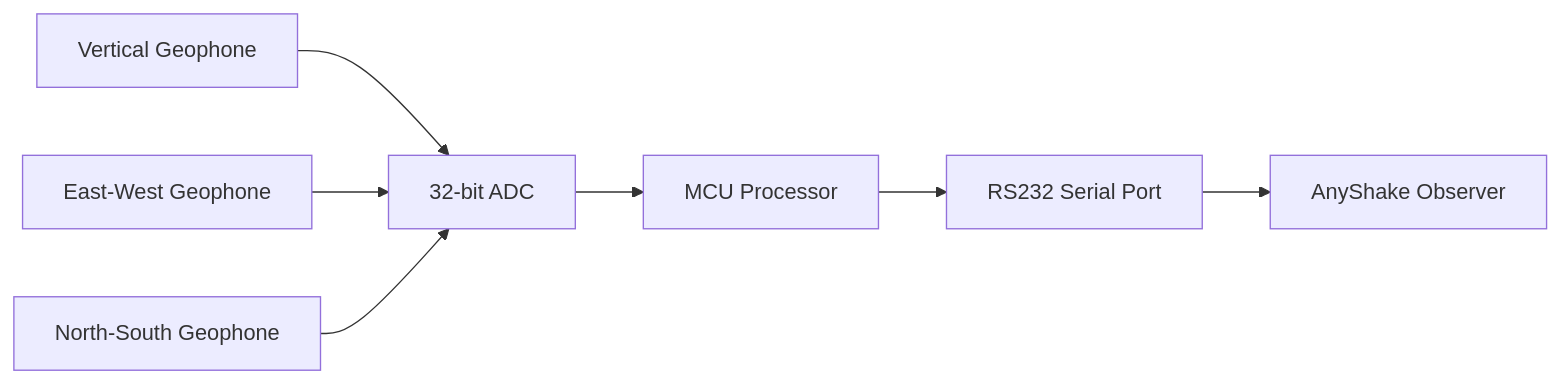
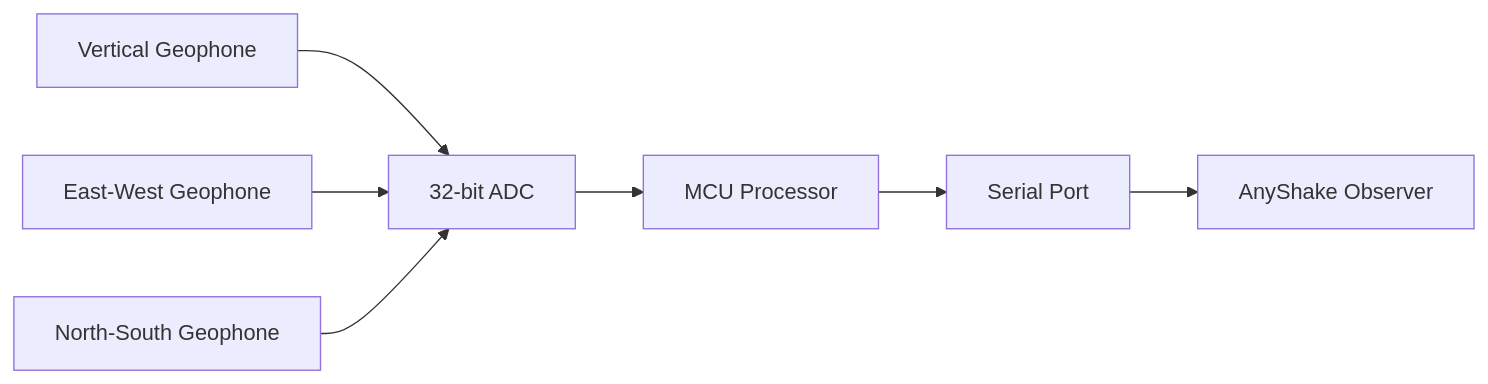
One commit to anyshake/explorer changed the diagram in hardware/README.md. Above: the diagram before and after it, drawn with Mermaid. The commit also changed other lines of this file and 2 other files, not shown here.

````diff
--- a/hardware/README.md
+++ b/hardware/README.md
@@ -32,9 +32,9 @@
 ```mermaid
 graph LR
     EHZ[Vertical Geophone] --> B[32-bit ADC]
     EHE[East-West Geophone] --> B[32-bit ADC]
     EHN[North-South Geophone] --> B[32-bit ADC]
     B --> C[MCU Processor]
-    C --> D[RS232 Serial Port]
+    C --> D[Serial Port]
     D --> E[AnyShake Observer]
 ```
````
